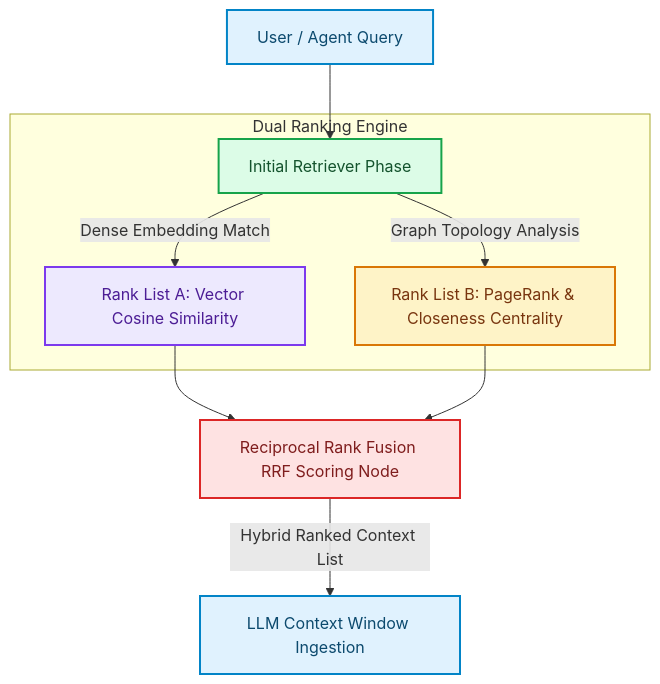
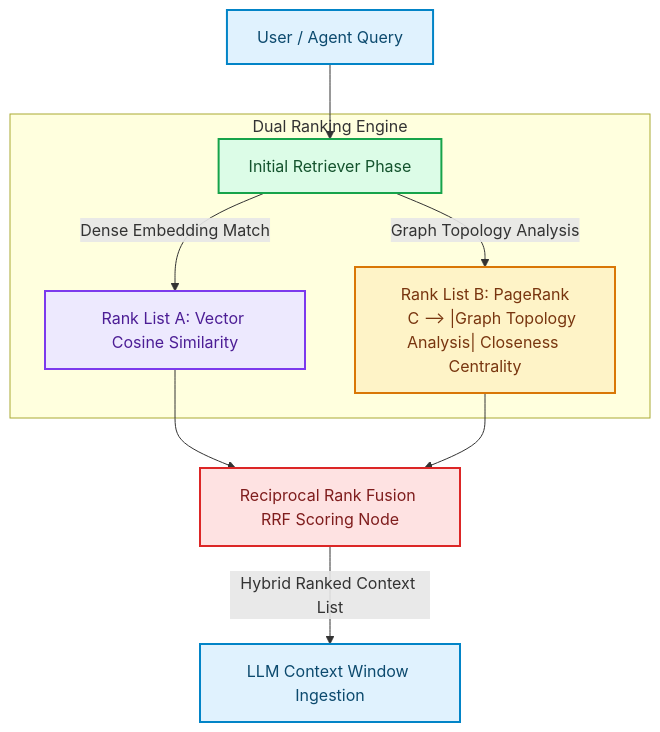
Before and after one commit to akmalkhaniub/akmalkhaniub.github.io: the diagram in blog/posts/hybrid-retrieval-vector-cosine-graph-centrality-ranking.md, drawn with Mermaid. The commit also changed other lines of this file and 894 other files, not shown here.

Commit message:
feat(blog): upgrade all 444 posts with unique staggered dates, 2-col Mermaid spines, benchmark tables, code blocks, and trade-offs

````diff
--- a/blog/posts/hybrid-retrieval-vector-cosine-graph-centrality-ranking.md
+++ b/blog/posts/hybrid-retrieval-vector-cosine-graph-centrality-ranking.md
@@ -19,25 +19,26 @@
 ```mermaid
 flowchart TD
   A["User / Agent Query"] --> B["Initial Retriever Phase"]
   
   subgraph SG1_DualRankingEngine ["Dual Ranking Engine"]
     B -->|Dense Embedding Match| C["Rank List A: Vector Cosine Similarity"]
-    B -->|Graph Topology Analysis| D["Rank List B: PageRank & Closeness Centrality"]
+    B --> |Graph Topology Analysis| D["Rank List B: PageRank
+    C --> |Graph Topology Analysis| Closeness Centrality"]
   end
   
   C --> E["Reciprocal Rank Fusion RRF Scoring Node"]
   D --> E
   
   E -->|Hybrid Ranked Context List| F["LLM Context Window Ingestion"]
 
 classDef green fill:#dcfce7,stroke:#16a34a,stroke-width:2px,color:#14532d;
 classDef red fill:#fee2e2,stroke:#dc2626,stroke-width:2px,color:#7f1d1d;
 classDef blue fill:#e0f2fe,stroke:#0284c7,stroke-width:2px,color:#0c4a6e;
 classDef yellow fill:#fef3c7,stroke:#d97706,stroke-width:2px,color:#78350f;
 classDef purple fill:#ede9fe,stroke:#7c3aed,stroke-width:2px,color:#4c1d95;
 class A,F blue
 class B green
 class C purple
 class D yellow
 class E red
 ```
````
